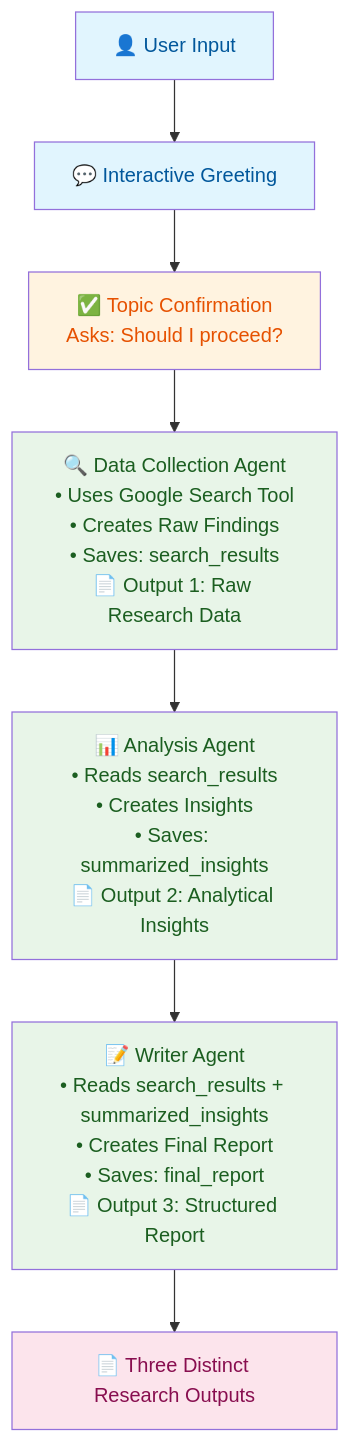
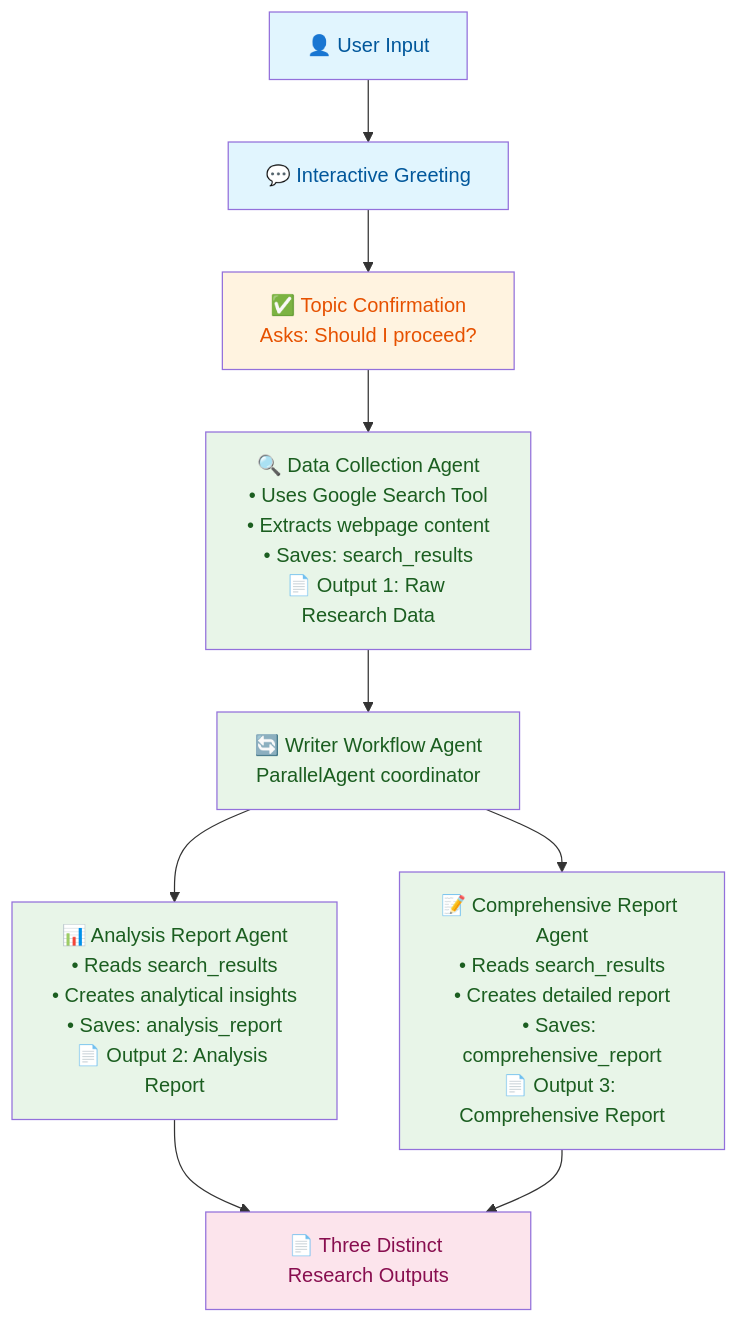
The diagram in README.md (Timonwa/ai-research-assistant), drawn with Mermaid before and after one commit. The commit also changed other lines of this file, not shown here.

Commit message:
docs: update README to reflect enhanced agent workflow and feature descriptions

````diff
--- a/README.md
+++ b/README.md
@@ -55,28 +66,31 @@
 ```mermaid
 graph TB
     %% User Interaction
     User[👤 User Input] --> Greeting[💬 Interactive Greeting]
 
     %% Topic Confirmation
     Greeting --> Confirm[✅ Topic Confirmation<br/>Asks: Should I proceed?]
 
-    %% Sequential Agent Workflow - 3 Distinct Outputs
-    Confirm --> DataAgent[🔍 Data Collection Agent<br/>• Uses Google Search Tool<br/>• Creates Raw Findings<br/>• Saves: search_results<br/>📄 Output 1: Raw Research Data]
+    %% Sequential Data Collection → Parallel Report Generation
+    Confirm --> DataAgent[🔍 Data Collection Agent<br/>• Uses Google Search Tool<br/>• Extracts webpage content<br/>• Saves: search_results<br/>📄 Output 1: Raw Research Data]
 
-    DataAgent --> AnalysisAgent[📊 Analysis Agent<br/>• Reads search_results<br/>• Creates Insights<br/>• Saves: summarized_insights<br/>📄 Output 2: Analytical Insights]
+    DataAgent --> WriterWorkflow[🔄 Writer Workflow Agent<br/>ParallelAgent coordinator]
+    
+    WriterWorkflow --> AnalysisAgent[📊 Analysis Report Agent<br/>• Reads search_results<br/>• Creates analytical insights<br/>• Saves: analysis_report<br/>📄 Output 2: Analysis Report]
+    
+    WriterWorkflow --> ReportAgent[📝 Comprehensive Report Agent<br/>• Reads search_results<br/>• Creates detailed report<br/>• Saves: comprehensive_report<br/>📄 Output 3: Comprehensive Report]
 
-    AnalysisAgent --> WriterAgent[📝 Writer Agent<br/>• Reads search_results + summarized_insights<br/>• Creates Final Report<br/>• Saves: final_report<br/>📄 Output 3: Structured Report]
-
-    WriterAgent --> Output[📄 Three Distinct Research Outputs]
+    AnalysisAgent --> Output[📄 Three Distinct Research Outputs]
+    ReportAgent --> Output
 
     %% Styling
     classDef userLayer fill:#e1f5fe,color:#01579b
     classDef confirmLayer fill:#fff3e0,color:#e65100
     classDef agentLayer fill:#e8f5e8,color:#1b5e20
     classDef outputLayer fill:#fce4ec,color:#880e4f
 
     class User,Greeting userLayer
     class Confirm confirmLayer
-    class DataAgent,AnalysisAgent,WriterAgent agentLayer
+    class DataAgent,WriterWorkflow,AnalysisAgent,ReportAgent agentLayer
     class Output outputLayer
 ```
````
